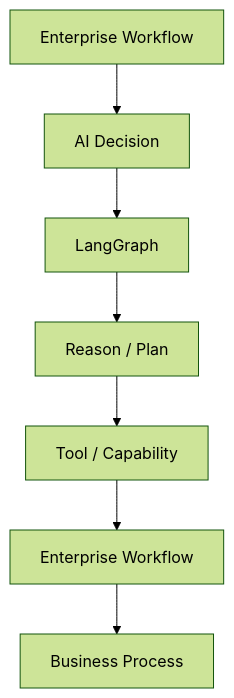
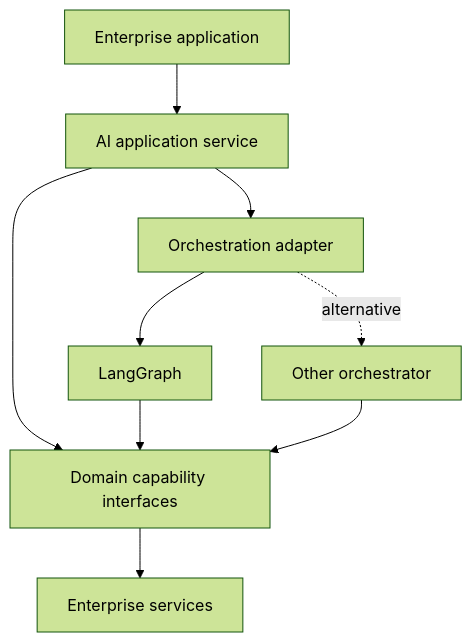
One commit to MihirKJha/enterprise-ai-engineering-handbook changed the third of 5 diagrams in docs/08-ai-engineering-frameworks/langgraph/26-langgraph-limitations-and-tradeoffs.md. Above: the diagram before and after it, drawn with Mermaid (forest theme). The commit also changed other lines of this file and 10 other files, not shown here.

````diff
--- a/docs/08-ai-engineering-frameworks/langgraph/26-langgraph-limitations-and-tradeoffs.md
+++ b/docs/08-ai-engineering-frameworks/langgraph/26-langgraph-limitations-and-tradeoffs.md
@@ -1503,15 +162,11 @@
 ```mermaid
 flowchart TB
-
-    A[Enterprise Workflow] --> B[AI Decision]
-
-    B --> C[LangGraph]
-
-    C --> D[Reason / Plan]
-
-    D --> E[Tool / Capability]
-
-    E --> F[Enterprise Workflow]
-
-    F --> G[Business Process]
+    A[Enterprise application] --> B[AI application service]
+    B --> C[Orchestration adapter]
+    C --> D[LangGraph]
+    C -. alternative .-> E[Other orchestrator]
+    B --> F[Domain capability interfaces]
+    D --> F
+    E --> F
+    F --> G[Enterprise services]
 ```
````
